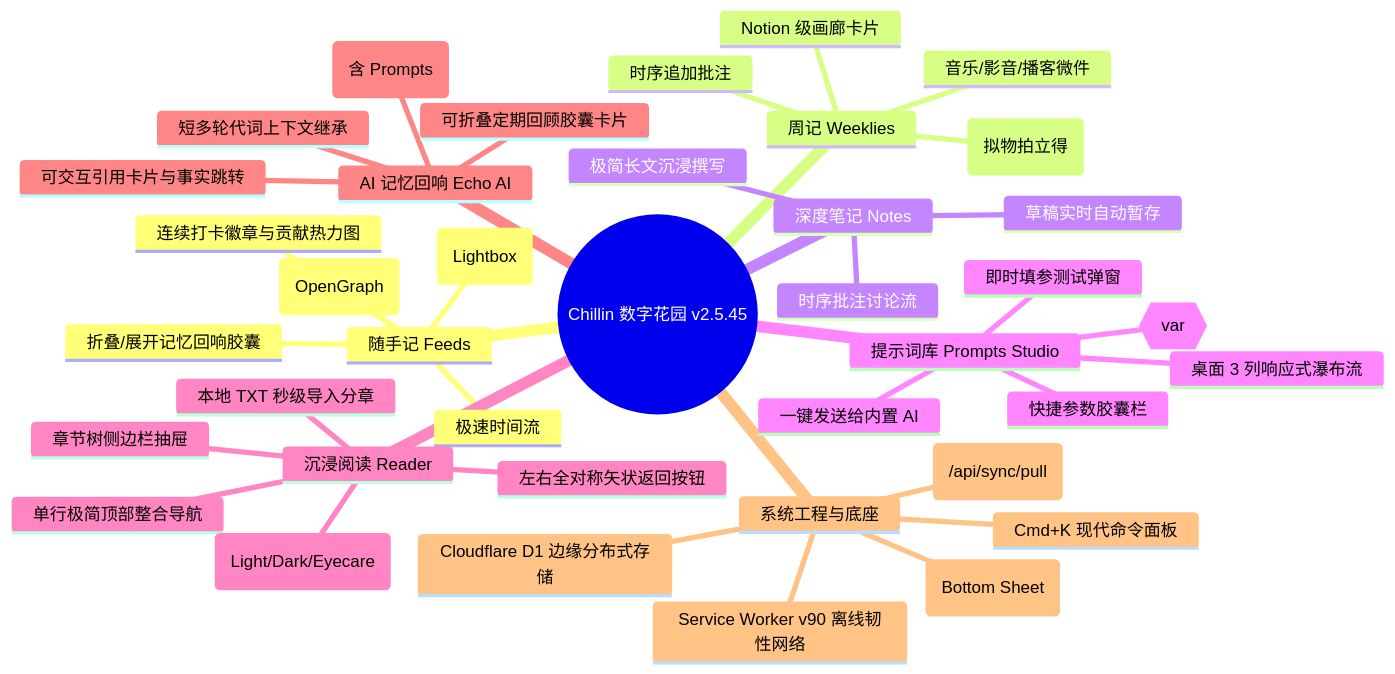
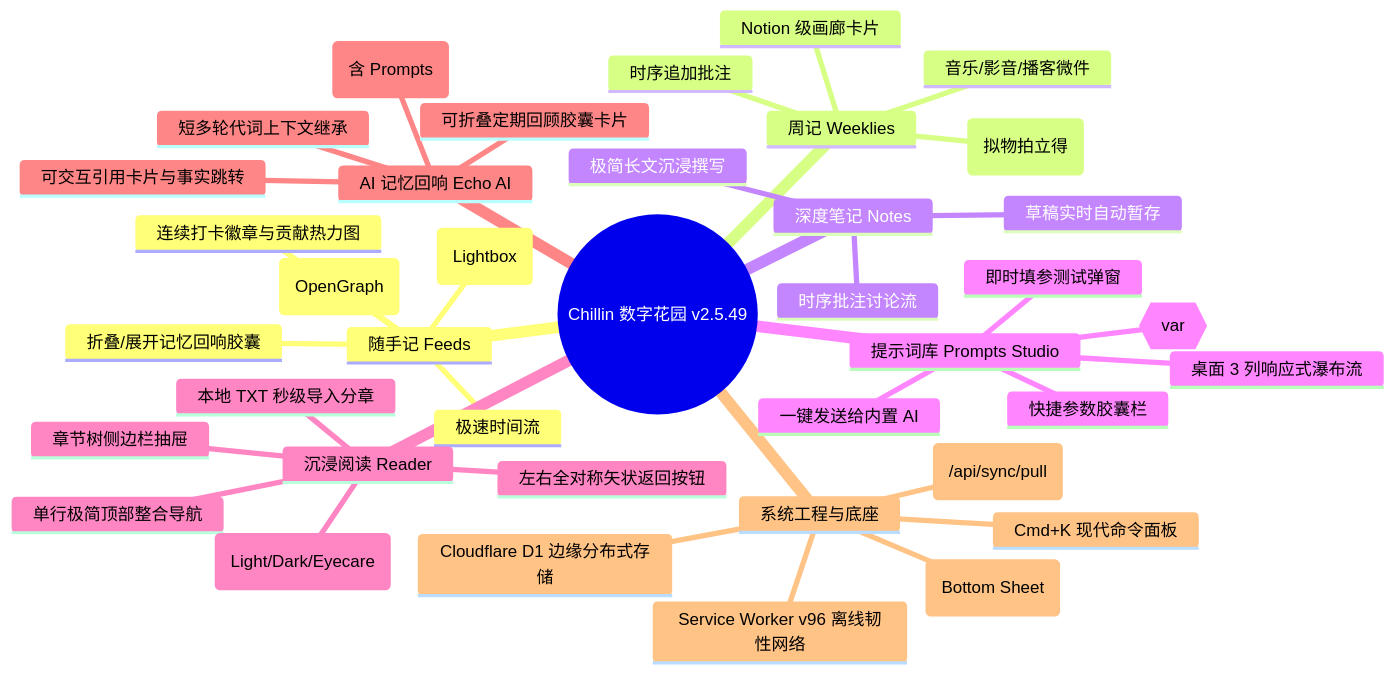
The diagram in docs/Chillin数字花园_产品全景与工程架构分析报告.md (2089700996jy-del/chillin), drawn with Mermaid before and after one commit. The commit also changed other lines of this file, not shown here.

````diff
--- a/docs/Chillin数字花园_产品全景与工程架构分析报告.md
+++ b/docs/Chillin数字花园_产品全景与工程架构分析报告.md
@@ -62,42 +62,42 @@
 ```mermaid
 mindmap
-  root((Chillin 数字花园 v2.5.45))
+  root((Chillin 数字花园 v2.5.49))
     随手记 Feeds
       极速时间流
       外链卡片解析 (OpenGraph)
       全屏手势图片灯箱 (Lightbox)
       连续打卡徽章与贡献热力图
       折叠/展开记忆回响胶囊
     周记 Weeklies
       Notion 级画廊卡片
       烟火日常 (拟物拍立得)
       音乐/影音/播客微件
       时序追加批注
     深度笔记 Notes
       极简长文沉浸撰写
       草稿实时自动暂存
       时序批注讨论流
     提示词库 Prompts Studio
       参数化占位符 {{var}}
       快捷参数胶囊栏
       即时填参测试弹窗
       一键发送给内置 AI
       桌面 3 列响应式瀑布流
     沉浸阅读 Reader
       本地 TXT 秒级导入分章
       单行极简顶部整合导航
       左右全对称矢状返回按钮
       章节树侧边栏抽屉
       三档全站主题 (Light/Dark/Eyecare)
     AI 记忆回响 Echo AI
       全域资产索引 (含 Prompts)
       短多轮代词上下文继承
       可交互引用卡片与事实跳转
       可折叠定期回顾胶囊卡片
     系统工程与底座
       Cmd+K 现代命令面板
       全屏手势与半屏抽屉 (Bottom Sheet)
       单 RTT 聚合增量同步 (/api/sync/pull)
-      Service Worker v90 离线韧性网络
+      Service Worker v96 离线韧性网络
       Cloudflare D1 边缘分布式存储
 ```
````
